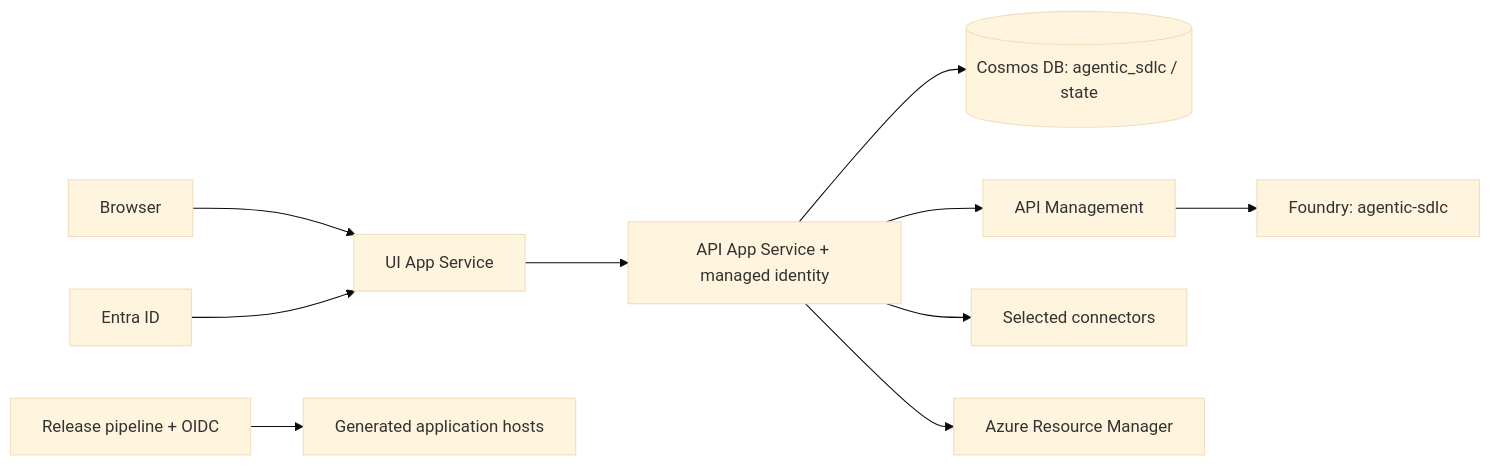
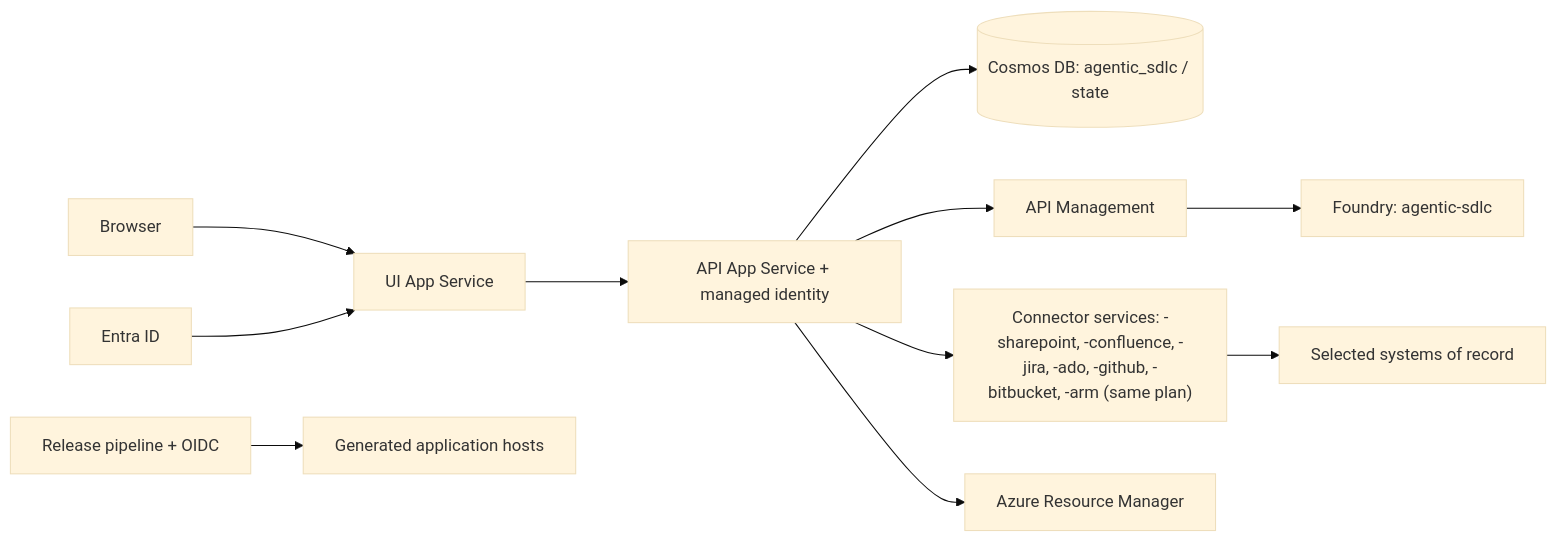
The diagram in docs/setup/README.md (csdmichael/Foundry-Agentic-Workflow-SDLC-Docs), drawn with Mermaid (base theme) before and after one commit. The commit also changed other lines of this file and 58 other files, not shown here.

````diff
--- a/docs/setup/README.md
+++ b/docs/setup/README.md
@@ -43,12 +44,13 @@
 ```mermaid
 flowchart LR
     Browser[Browser] --> UI[UI App Service]
     UI --> API[API App Service + managed identity]
     Entra[Entra ID] --> UI
     API --> Cosmos[(Cosmos DB: agentic_sdlc / state)]
     API --> APIM[API Management]
     APIM --> Foundry[Foundry: agentic-sdlc]
-    API --> Connectors[Selected connectors]
+    API --> Connectors["Connector services: <api-app>-sharepoint, -confluence, -jira, -ado, -github, -bitbucket, -arm (same plan)"]
+    Connectors --> SOR[Selected systems of record]
     API --> ARM[Azure Resource Manager]
     Pipeline[Release pipeline + OIDC] --> Apps[Generated application hosts]
 ```
````
